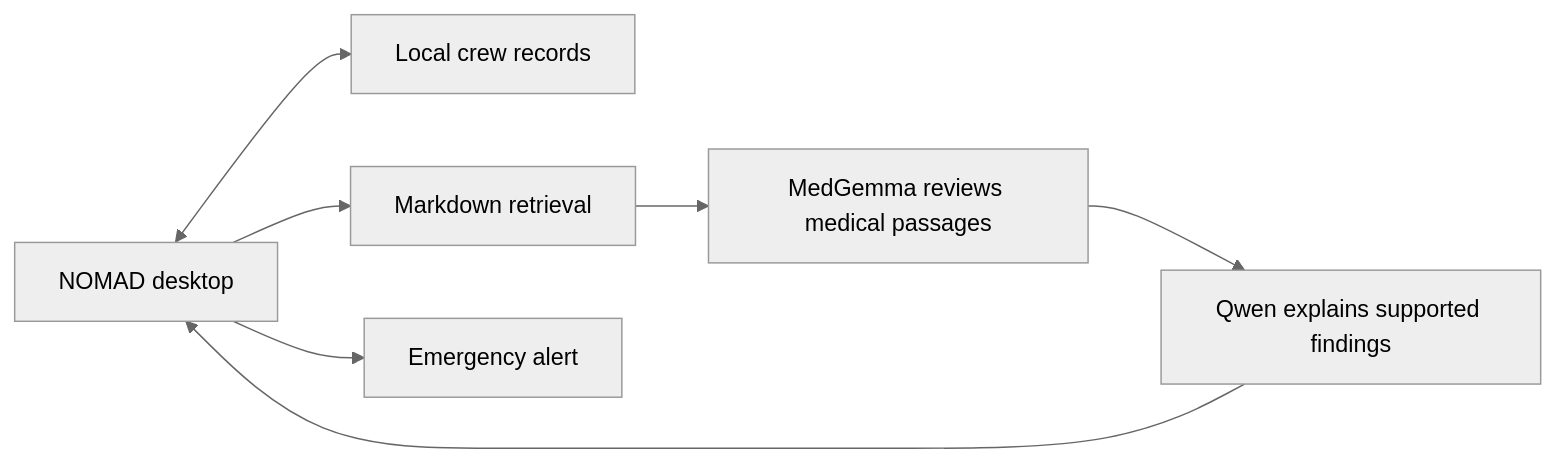
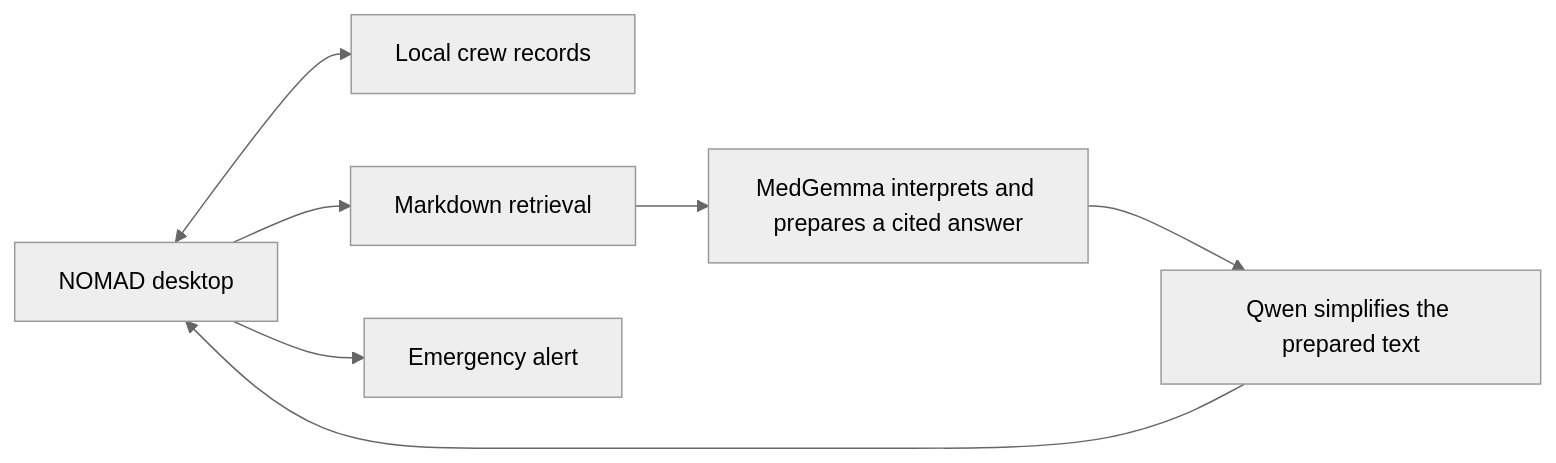
The diagram in docs/ARCHITECTURE.md (nxczmain/NOMAD_Health_Project), drawn with Mermaid (neutral theme) before and after one commit. The commit also changed other lines of this file and 27 other files, not shown here.

````diff
--- a/docs/ARCHITECTURE.md
+++ b/docs/ARCHITECTURE.md
@@ -3,9 +3,9 @@
 ```mermaid
 flowchart LR
     A["NOMAD desktop"] <--> B["Local crew records"]
     A --> C["Markdown retrieval"]
-    C --> M["MedGemma reviews medical passages"]
-    M --> D["Qwen explains supported findings"]
+    C --> M["MedGemma interprets and prepares a cited answer"]
+    M --> D["Qwen simplifies the prepared text"]
     D --> A
     A --> E["Emergency alert"]
 ```
````
